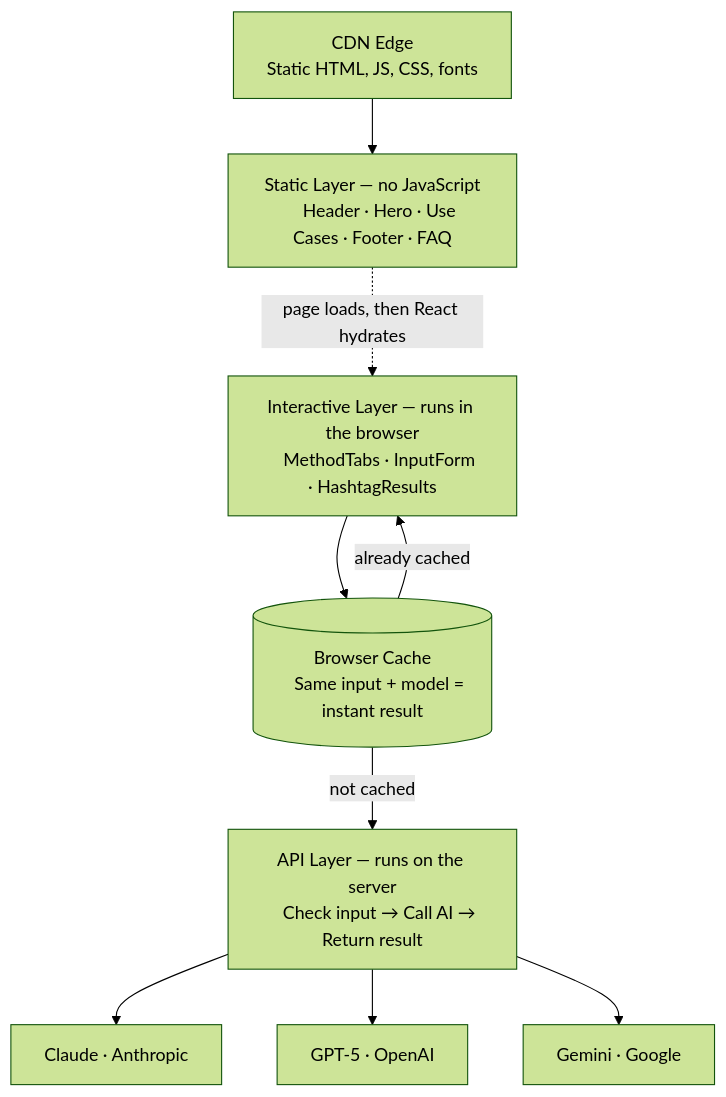
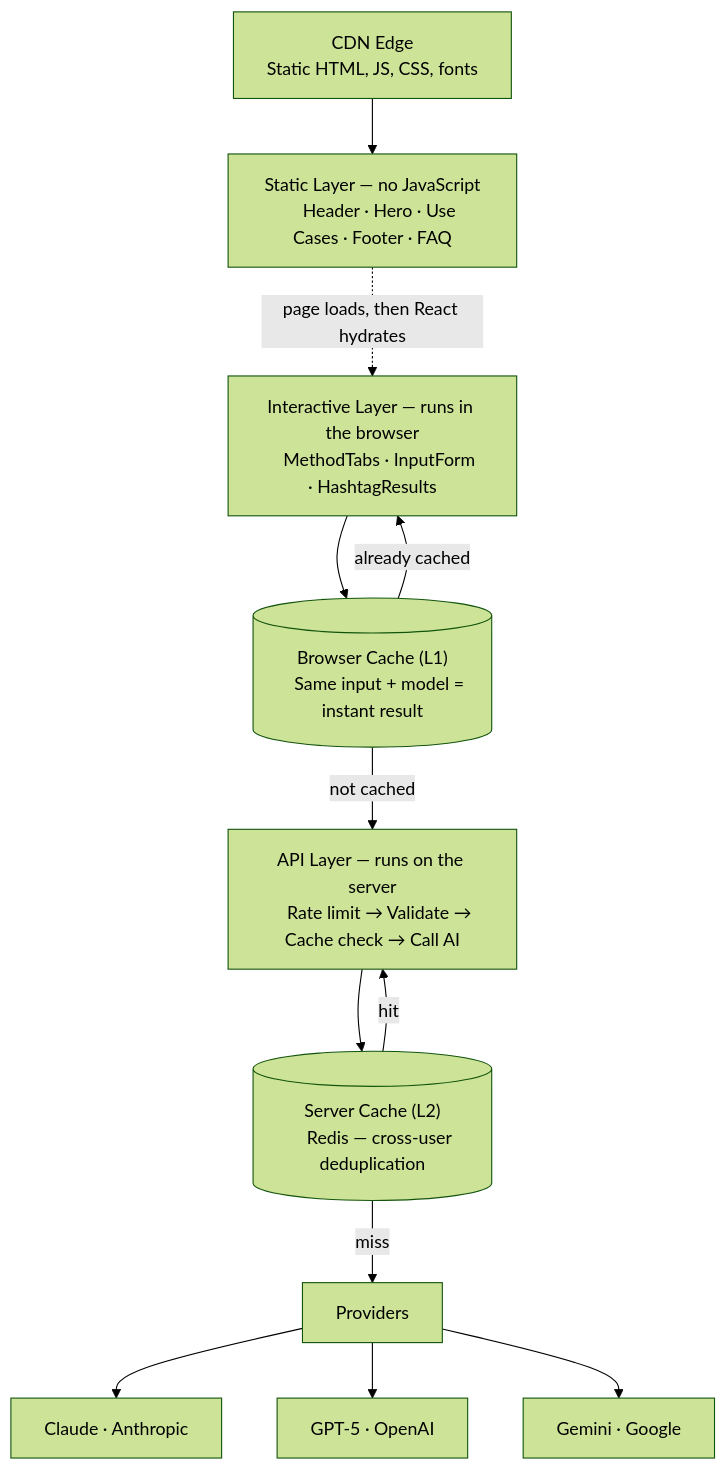
Before and after one commit to kalebjdavenport/HashtagGeneratorPro: the diagram in README.md, drawn with Mermaid (forest theme). The commit also changed other lines of this file and 13 other files, not shown here.

First line of the commit message:
Add server cache, structured logging, security headers, and ADRs

````diff
--- a/README.md
+++ b/README.md
@@ -74,21 +74,25 @@
 ```mermaid
 flowchart TD
     CDN["CDN Edge
     Static HTML, JS, CSS, fonts"]
     CDN --> Static
     Static["Static Layer — no JavaScript
     Header · Hero · Use Cases · Footer · FAQ"]
     Static -. page loads, then React hydrates .-> Interactive
     Interactive["Interactive Layer — runs in the browser
     MethodTabs · InputForm · HashtagResults"]
     Interactive --> Cache
-    Cache[("Browser Cache
+    Cache[("Browser Cache (L1)
     Same input + model = instant result")]
     Cache -- "already cached" --> Interactive
     Cache -- "not cached" --> Route
     Route["API Layer — runs on the server
-    Check input → Call AI → Return result"]
-    Route --> Claude[Claude · Anthropic]
-    Route --> GPT[GPT-5 · OpenAI]
-    Route --> Gemini[Gemini · Google]
+    Rate limit → Validate → Cache check → Call AI"]
+    Route --> ServerCache[("Server Cache (L2)
+    Redis — cross-user deduplication")]
+    ServerCache -- "hit" --> Route
+    ServerCache -- "miss" --> Providers
+    Providers --> Claude[Claude · Anthropic]
+    Providers --> GPT[GPT-5 · OpenAI]
+    Providers --> Gemini[Gemini · Google]
 ```
````
